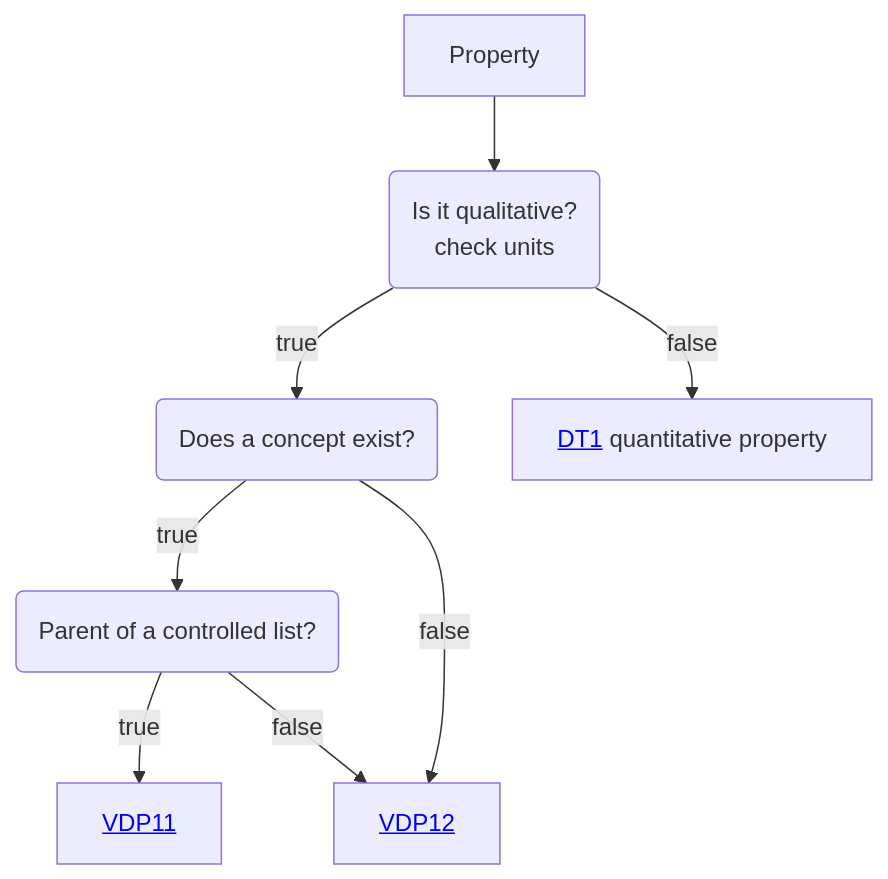
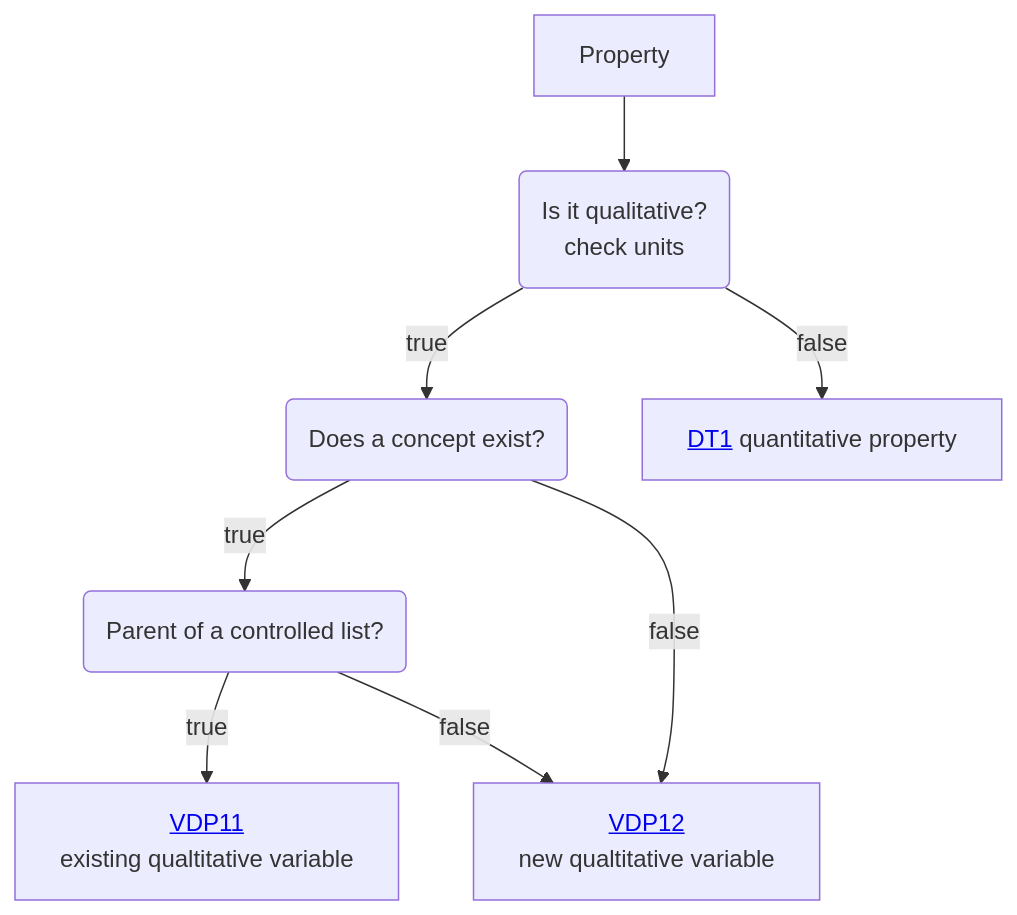
One commit to mabablue/I-ADOPT-patterns-playground changed the diagram in Decisition_trees/DT0.mmd. Above: the diagram before and after it, drawn with Mermaid.

```diff
--- a/Decisition_trees/DT0.mmd
+++ b/Decisition_trees/DT0.mmd
@@ -1,8 +1,8 @@
 flowchart TD
     A[Property] --> B(Is it qualitative? <br> check units)
     B --> |true|C(Does a concept exist?) 
     B --> |false|D[<a href='https://github.com/mabablue/I-ADOPT-patterns-playground/blob/main/Decisition_trees/DT1.yaml'>DT1</a> quantitative property] 
     C --> |true|E(Parent of a controlled list?)
-    C --> |false|H[<a href='https://github.com/mabablue/I-ADOPT-patterns-playground/blob/main/pattern/VDP12.yaml'>VDP12</a>] 
-    E --> |true|F[<a href='https://github.com/mabablue/I-ADOPT-patterns-playground/blob/main/pattern/VDP11.yaml'>VDP11</a>] 
+    C --> |false|H[<a href='https://github.com/mabablue/I-ADOPT-patterns-playground/blob/main/pattern/VDP12.yaml'>VDP12</a><br> new qualtitative variable] 
+    E --> |true|F[<a href='https://github.com/mabablue/I-ADOPT-patterns-playground/blob/main/pattern/VDP11.yaml'>VDP11</a><br> existing qualtitative variable] 
     E --> |false|H
```
